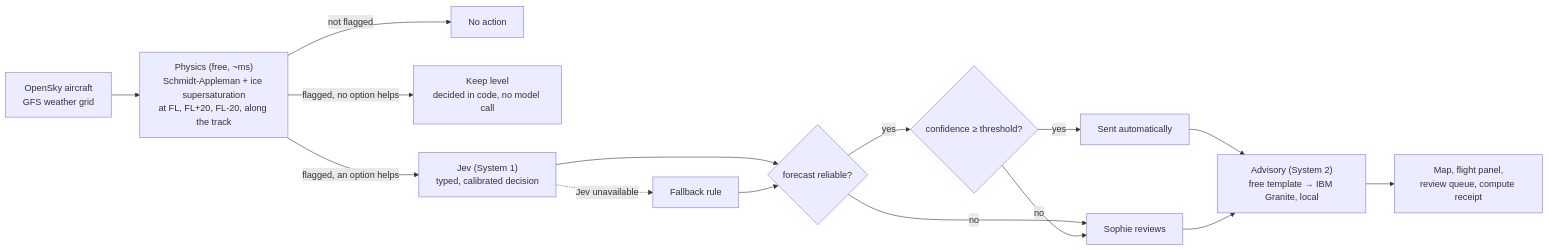
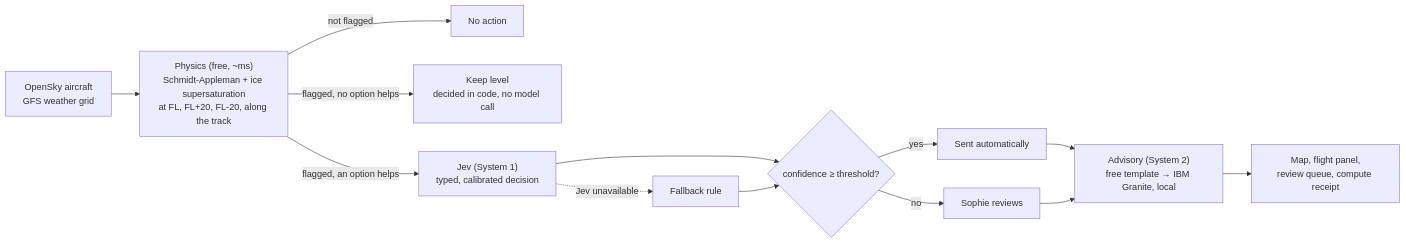
One commit to hediamara1208-commits/TrailSense changed the diagram in README.md. Above: the diagram before and after it, drawn with Mermaid. The commit also changed other lines of this file and 3 other files, not shown here.

````diff
--- a/README.md
+++ b/README.md
@@ -28,17 +28,15 @@
 ```mermaid
 flowchart LR
     A[OpenSky aircraft<br/>GFS weather grid] --> B["Physics (free, ~ms)<br/>Schmidt-Appleman + ice supersaturation<br/>at FL, FL+20, FL-20, along the track"]
     B -->|not flagged| Z[No action]
     B -->|flagged, no option helps| M[Keep level<br/>decided in code, no model call]
     B -->|flagged, an option helps| J["Jev (System 1)<br/>typed, calibrated decision"]
     J -.->|Jev unavailable| R[Fallback rule]
-    J --> G{forecast reliable?}
-    R --> G
-    G -->|no| HUM
-    G -->|yes| T{confidence ≥ threshold?}
+    J --> T{confidence ≥ threshold?}
+    R --> T
     T -->|yes| AUTO[Sent automatically]
     T -->|no| HUM[Sophie reviews]
     AUTO --> W["Advisory (System 2)<br/>free template → IBM Granite, local"]
     HUM --> W
     W --> UI[Map, flight panel,<br/>review queue, compute receipt]
 ```
````
